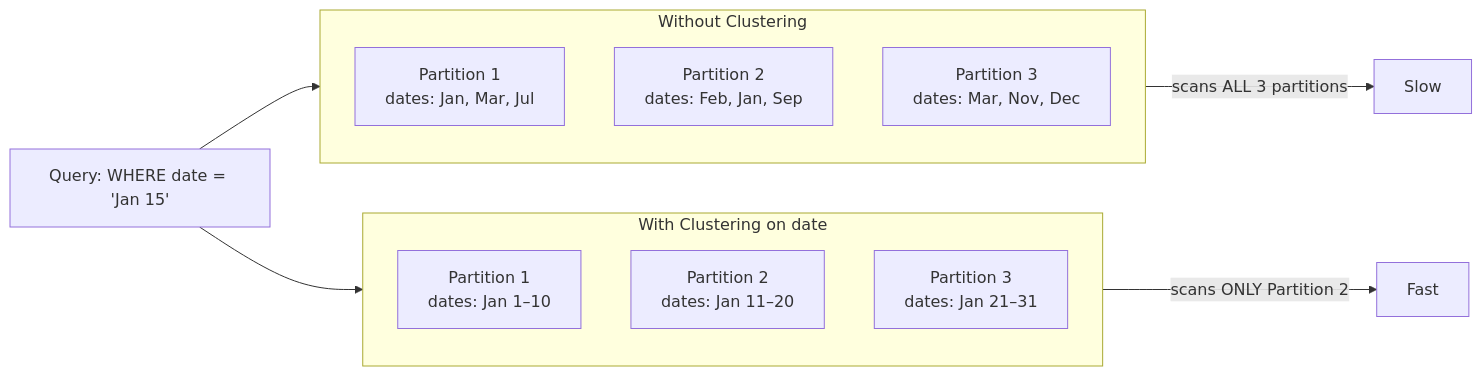
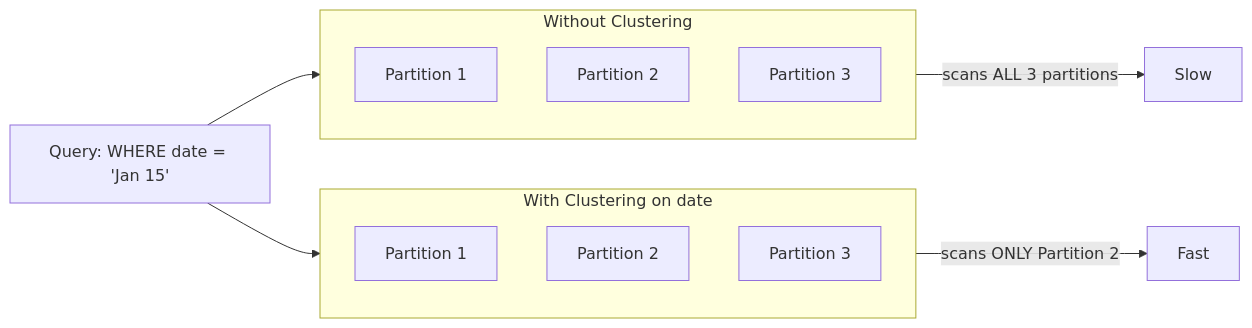
One commit to gcmishra7/data-engineering-helper changed the diagram in 06-snowflake/02-micro-partitions-clustering.md. Above: the diagram before and after it, drawn with Mermaid. The commit also changed other lines of this file and 57 other files, not shown here.

First line of the commit message:
Shorten mermaid node labels to fix text truncation on GitHub

````diff
--- a/06-snowflake/02-micro-partitions-clustering.md
+++ b/06-snowflake/02-micro-partitions-clustering.md
@@ -8,19 +8,19 @@
 ```mermaid
 graph LR
     subgraph Before_Clustering[Without Clustering]
-        MP1[Partition 1<br/>dates: Jan, Mar, Jul]
-        MP2[Partition 2<br/>dates: Feb, Jan, Sep]
-        MP3[Partition 3<br/>dates: Mar, Nov, Dec]
+        MP1[Partition 1]
+        MP2[Partition 2]
+        MP3[Partition 3]
     end
 
     subgraph After_Clustering[With Clustering on date]
-        CP1[Partition 1<br/>dates: Jan 1–10]
-        CP2[Partition 2<br/>dates: Jan 11–20]
-        CP3[Partition 3<br/>dates: Jan 21–31]
+        CP1[Partition 1]
+        CP2[Partition 2]
+        CP3[Partition 3]
     end
 
     Q[Query: WHERE date = 'Jan 15'] --> Before_Clustering
     Q --> After_Clustering
     Before_Clustering -->|scans ALL 3 partitions| R1[Slow]
     After_Clustering -->|scans ONLY Partition 2| R2[Fast]
 ```
````
